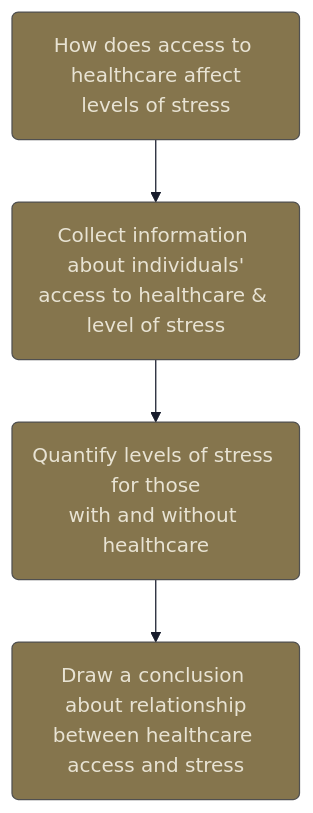
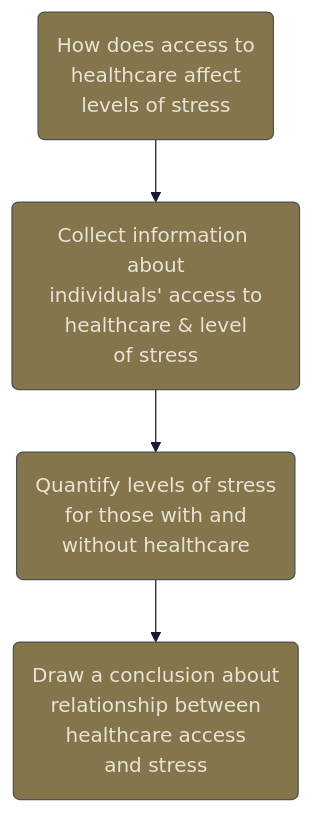
The second of 6 diagrams in Lectures/lecture1.qmd (vsass/SOC221), drawn with Mermaid before and after one commit. The commit also changed other lines of this file and 5 other files, not shown here.

````diff
--- a/Lectures/lecture1.qmd
+++ b/Lectures/lecture1.qmd
@@ -223,18 +223,18 @@
 ```{mermaid}
 %%| echo: false
 %%| fig-height: 6
 %%| fig-width: 5
 %%| fig-align: right
 %%{
   init: {
     'theme': 'base',
     'themeVariables': {
       'background': '#e8e3d3',
       'primaryColor': '#85754d',
       'primaryTextColor': '#e8e3d3'
     }
   }
 }%%
 flowchart TB
-    id1("How does access to healthcare affect\nlevels of stress") --> id2("Collect information about individuals'\naccess to healthcare & level of stress") --> id3("Quantify levels of stress for those\nwith and without healthcare") --> id4("Draw a conclusion about relationship\nbetween healthcare access and stress")
+    id1("How does access to<br>healthcare affect<br>levels of stress") --> id2("Collect information about<br>individuals' access to<br>healthcare & level<br>of stress") --> id3("Quantify levels of stress<br>for those with and<br>without healthcare") --> id4("Draw a conclusion about<br>relationship between<br>healthcare access<br>and stress")
 ```
````
